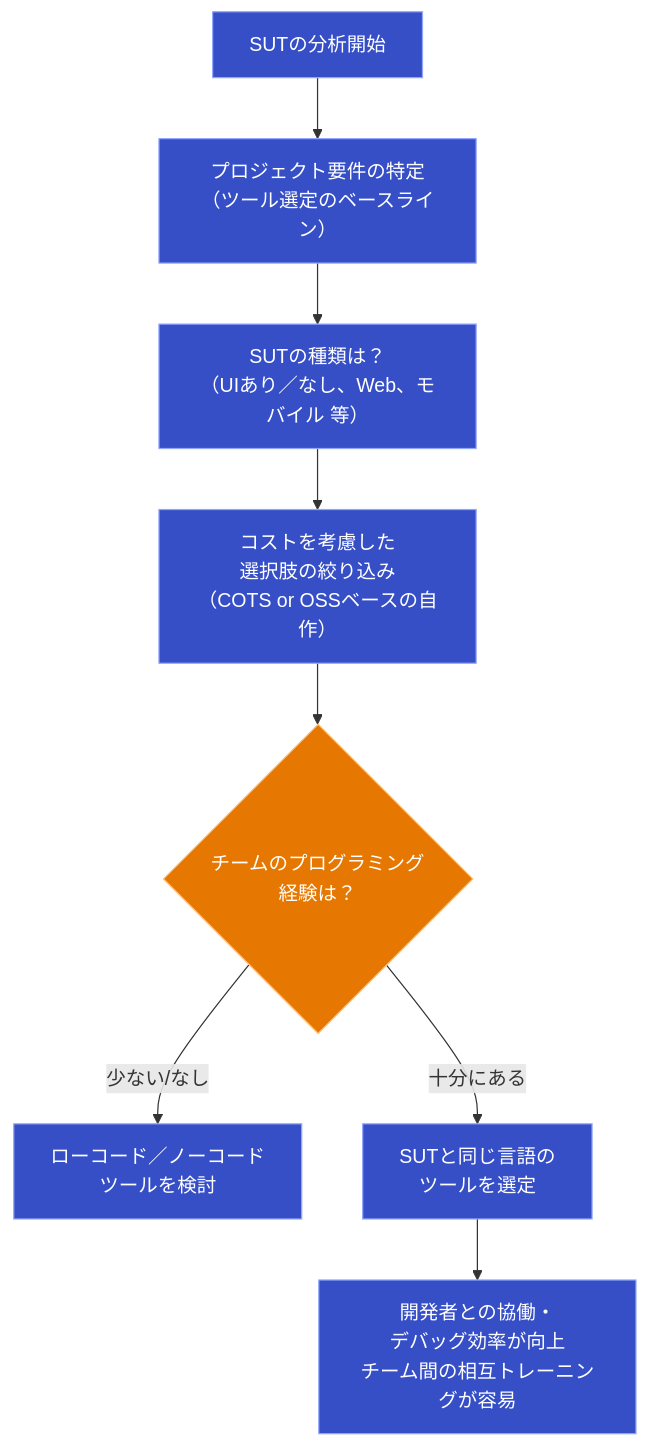
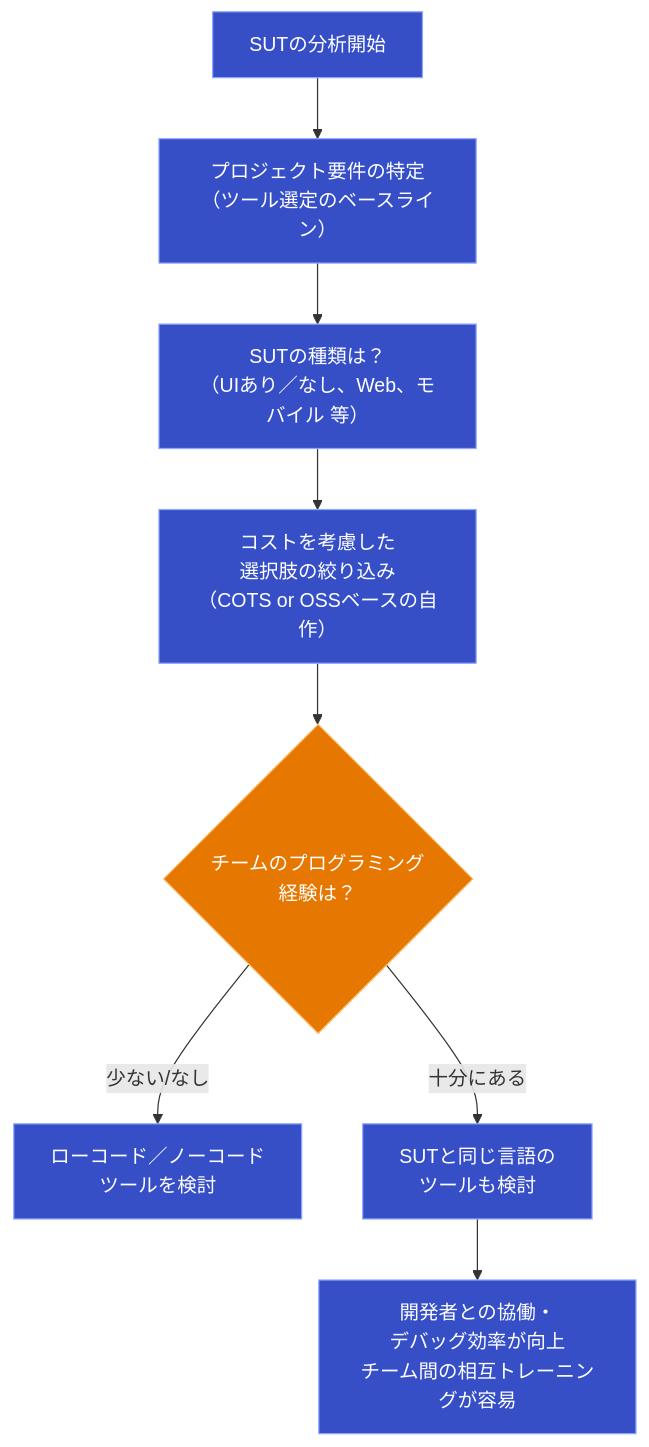
One commit to myoshi2891/Quality-Assurance-Studies changed the seventh of 7 diagrams in Ctal-tae-v2.0-ch1-introduction-and-objectives.md. Above: the diagram before and after it, drawn with Mermaid. The commit also changed 3 other files, not shown here.

````diff
--- a/Ctal-tae-v2.0-ch1-introduction-and-objectives.md
+++ b/Ctal-tae-v2.0-ch1-introduction-and-objectives.md
@@ -251,15 +251,15 @@
 ```mermaid
 flowchart TD
     Start["SUTの分析開始"] --> Req["プロジェクト要件の特定<br/>（ツール選定のベースライン）"]
     Req --> Type["SUTの種類は？<br/>（UIあり／なし、Web、モバイル 等）"]
     Type --> Cost["コストを考慮した<br/>選択肢の絞り込み<br/>（COTS or OSSベースの自作）"]
     Cost --> Skill{"チームのプログラミング<br/>経験は？"}
     Skill -- 少ない/なし --> LowCode["ローコード／ノーコード<br/>ツールを検討"]
-    Skill -- 十分にある --> LangMatch["SUTと同じ言語の<br/>ツールを選定"]
+    Skill -- 十分にある --> LangMatch["SUTと同じ言語の<br/>ツールも検討"]
     LangMatch --> Benefit["開発者との協働・<br/>デバッグ効率が向上<br/>チーム間の相互トレーニングが容易"]
 
     classDef step fill:#364fc7,stroke:#91a7ff,color:#fff
     classDef decision fill:#e67700,stroke:#ffc078,color:#fff
     class Start,Req,Type,Cost,LowCode,LangMatch,Benefit step
     class Skill decision
 ```
````
